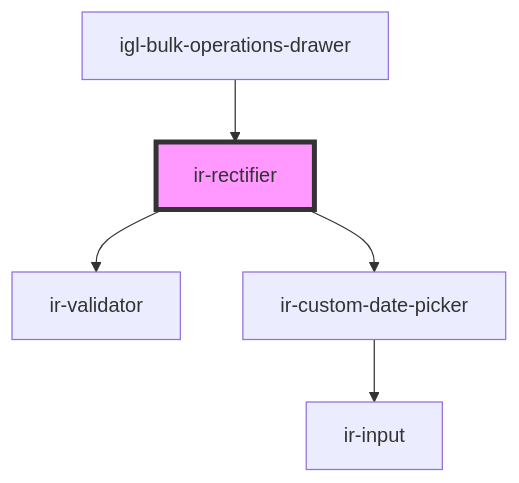
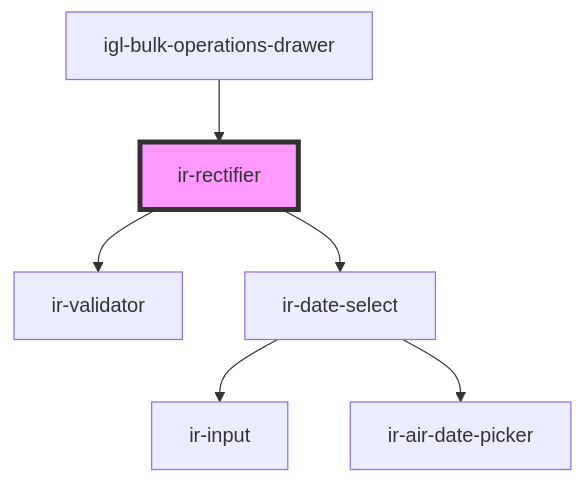
One commit to RonyRizk/ir-webcmp changed the diagram in src/components/igloo-calendar/igl-bulk-operations/ir-rectifier/readme.md. Above: the diagram before and after it, drawn with Mermaid. The commit also changed other lines of this file and 586 other files, not shown here.

````diff
--- a/src/components/igloo-calendar/igl-bulk-operations/ir-rectifier/readme.md
+++ b/src/components/igloo-calendar/igl-bulk-operations/ir-rectifier/readme.md
@@ -36,8 +36,9 @@
 ```mermaid
 graph TD;
   ir-rectifier --> ir-validator
-  ir-rectifier --> ir-custom-date-picker
-  ir-custom-date-picker --> ir-input
+  ir-rectifier --> ir-date-select
+  ir-date-select --> ir-input
+  ir-date-select --> ir-air-date-picker
   igl-bulk-operations-drawer --> ir-rectifier
   style ir-rectifier fill:#f9f,stroke:#333,stroke-width:4px
 ```
````
